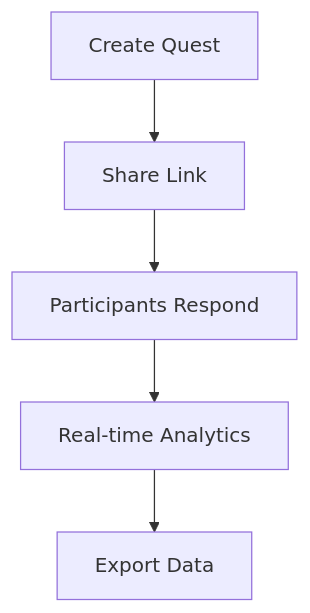
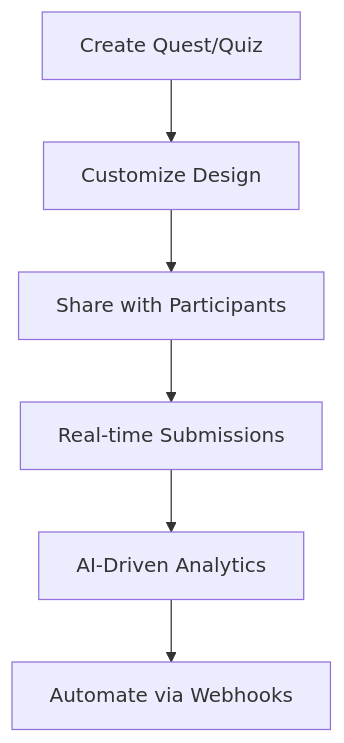
One commit to lwshakib/quest-form-builder changed the diagram in README.md. Above: the diagram before and after it, drawn with Mermaid. The commit also changed other lines of this file and 6 other files, not shown here.

````diff
--- a/README.md
+++ b/README.md
@@ -23,7 +24,8 @@
 ```mermaid
 graph TD
-    A[Create Quest] --> B[Share Link]
-    B --> C[Participants Respond]
-    C --> D[Real-time Analytics]
-    D --> E[Export Data]
+    A[Create Quest/Quiz] --> B[Customize Design]
+    B --> C[Share with Participants]
+    C --> D[Real-time Submissions]
+    D --> E[AI-Driven Analytics]
+    E --> F[Automate via Webhooks]
 ```
````
